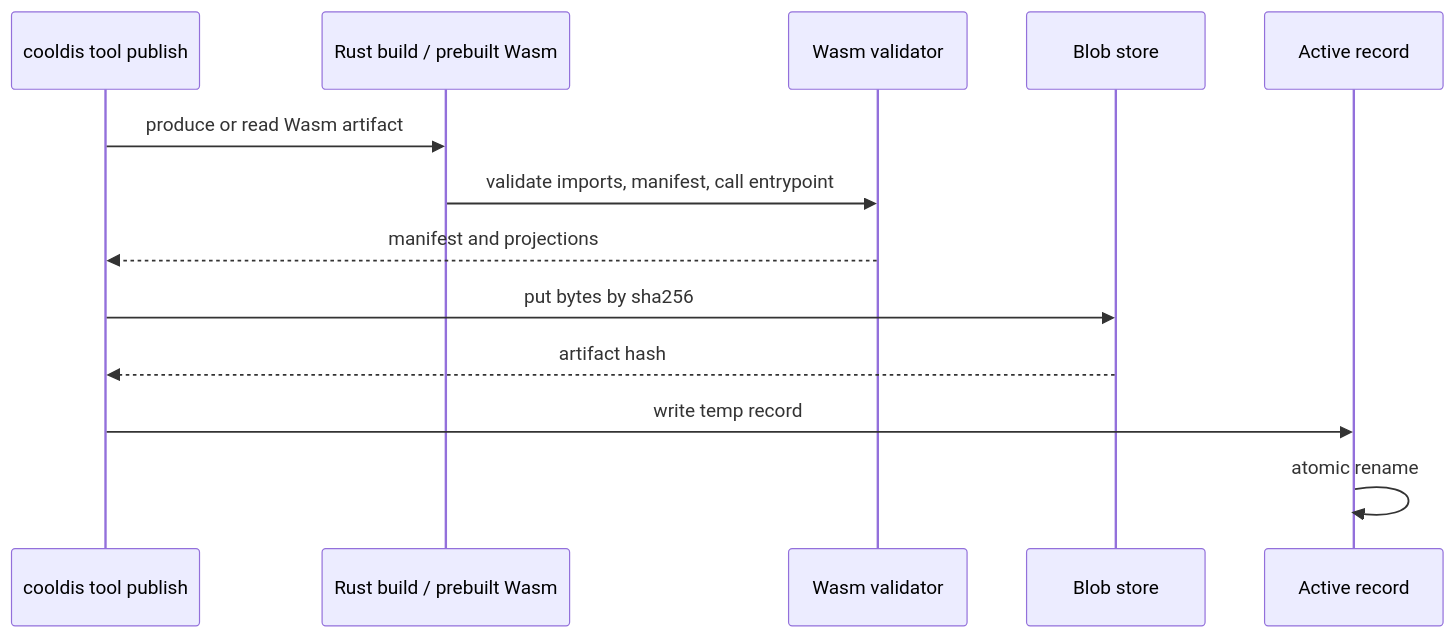
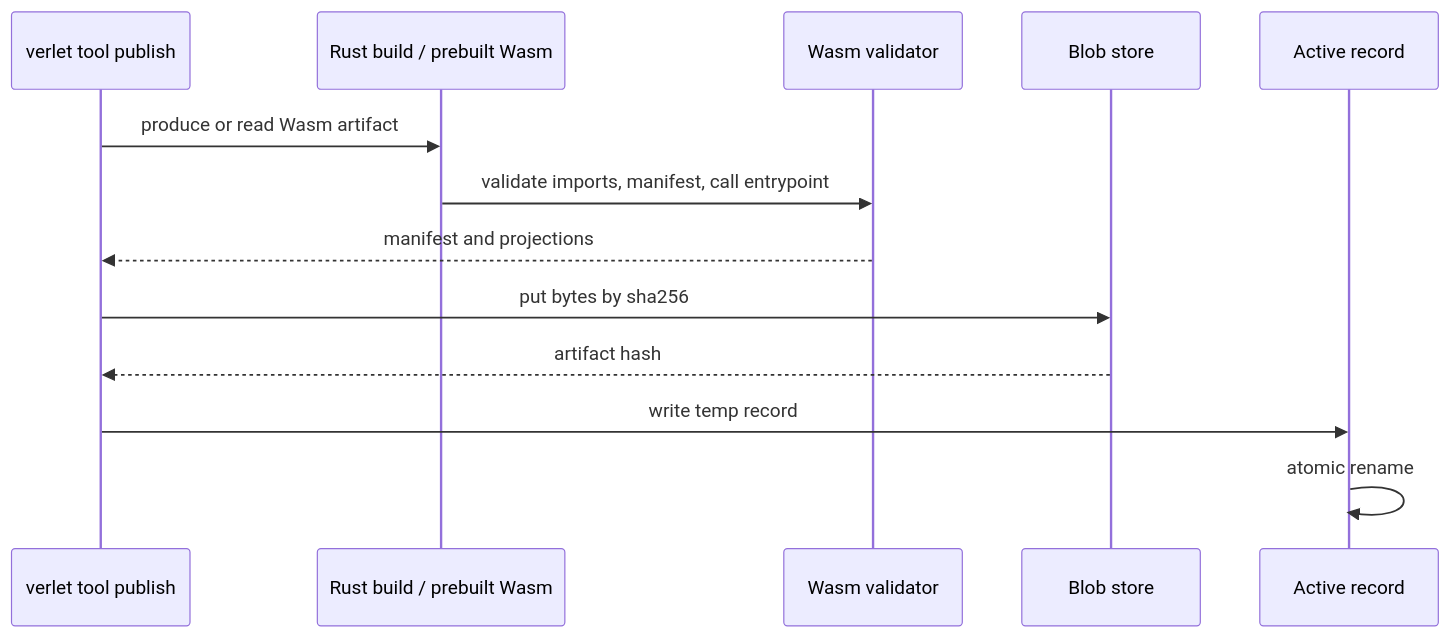
One commit to emotionscientific/cooldis-kernel changed the third of 4 diagrams in docs/publish-storage.md. Above: the diagram before and after it, drawn with Mermaid. The commit also changed other lines of this file and 721 other files, not shown here.

Commit message:
EMO-520: rename Cooldis kernel to Verlet

````diff
--- a/docs/publish-storage.md
+++ b/docs/publish-storage.md
@@ -75,16 +75,16 @@
 ```mermaid
 sequenceDiagram
-    participant CLI as cooldis tool publish
+    participant CLI as verlet tool publish
     participant Build as Rust build / prebuilt Wasm
     participant Validator as Wasm validator
     participant Blob as Blob store
     participant Record as Active record
 
     CLI->>Build: produce or read Wasm artifact
     Build->>Validator: validate imports, manifest, call entrypoint
     Validator-->>CLI: manifest and projections
     CLI->>Blob: put bytes by sha256
     Blob-->>CLI: artifact hash
     CLI->>Record: write temp record
     Record->>Record: atomic rename
 ```
````
